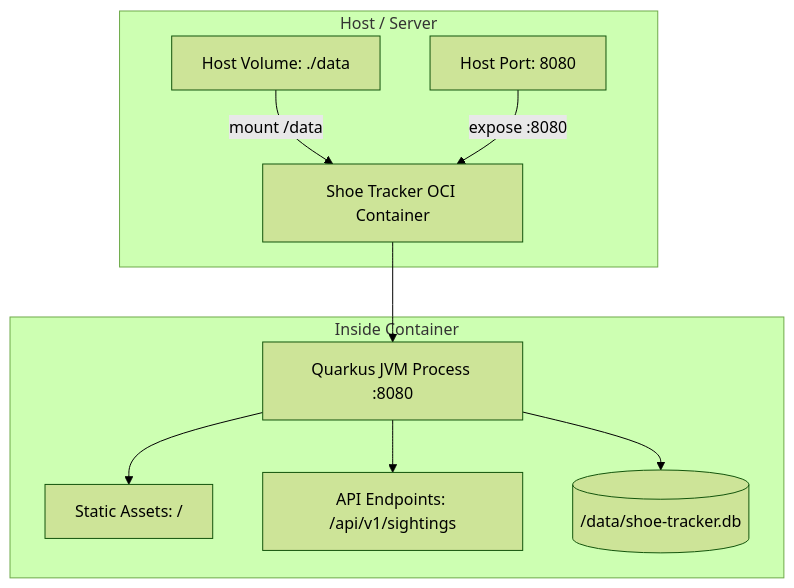
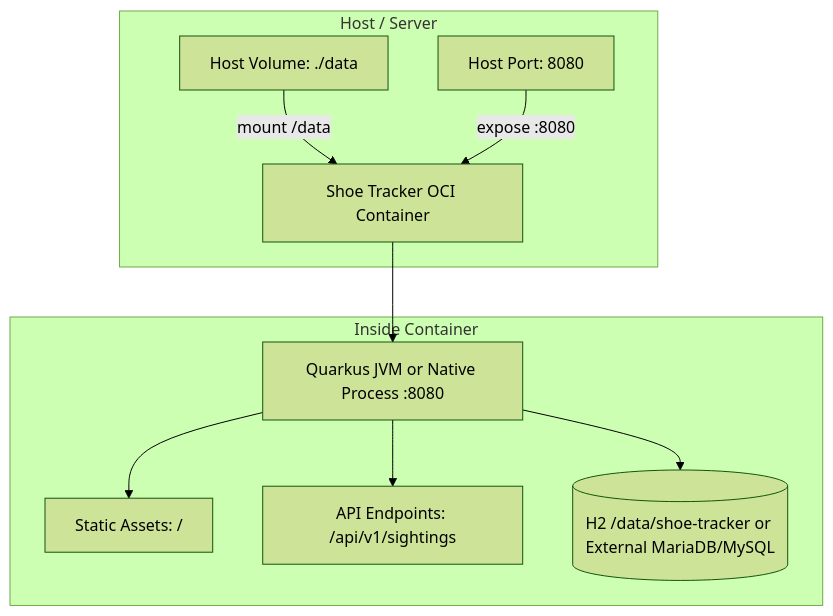
The third of 3 diagrams in _bmad-output/initiative-shoe-tracker/architecture-shoe-tracker/architecture-shoe-tracker.md (mithomas/shoe-tracker), drawn with Mermaid (forest theme) before and after one commit. The commit also changed other lines of this file and 12 other files, not shown here.

````diff
--- a/_bmad-output/initiative-shoe-tracker/architecture-shoe-tracker/architecture-shoe-tracker.md
+++ b/_bmad-output/initiative-shoe-tracker/architecture-shoe-tracker/architecture-shoe-tracker.md
@@ -167,13 +167,13 @@
 ```mermaid
 graph TD
     subgraph Host / Server
         Volume[Host Volume: ./data] -->|mount /data| Container[Shoe Tracker OCI Container]
         Port[Host Port: 8080] -->|expose :8080| Container
     end
     subgraph Inside Container
-        Container --> Quarkus[Quarkus JVM Process :8080]
+        Container --> Quarkus[Quarkus JVM or Native Process :8080]
         Quarkus --> Static[Static Assets: /]
         Quarkus --> REST_API[API Endpoints: /api/v1/sightings]
-        Quarkus --> SQLite_File[(/data/shoe-tracker.db)]
+        Quarkus --> DB_Target[(H2 /data/shoe-tracker or External MariaDB/MySQL)]
     end
 ```
````
